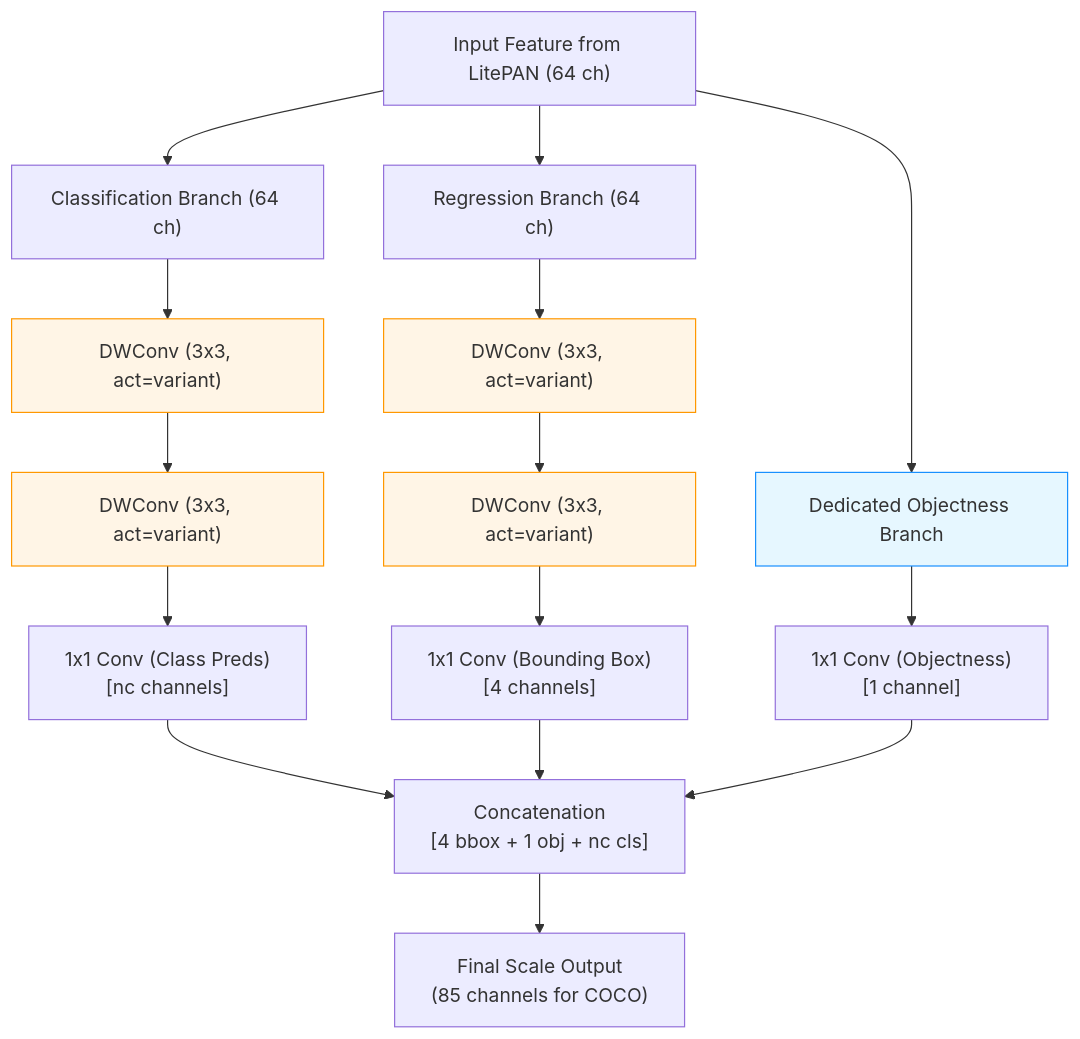
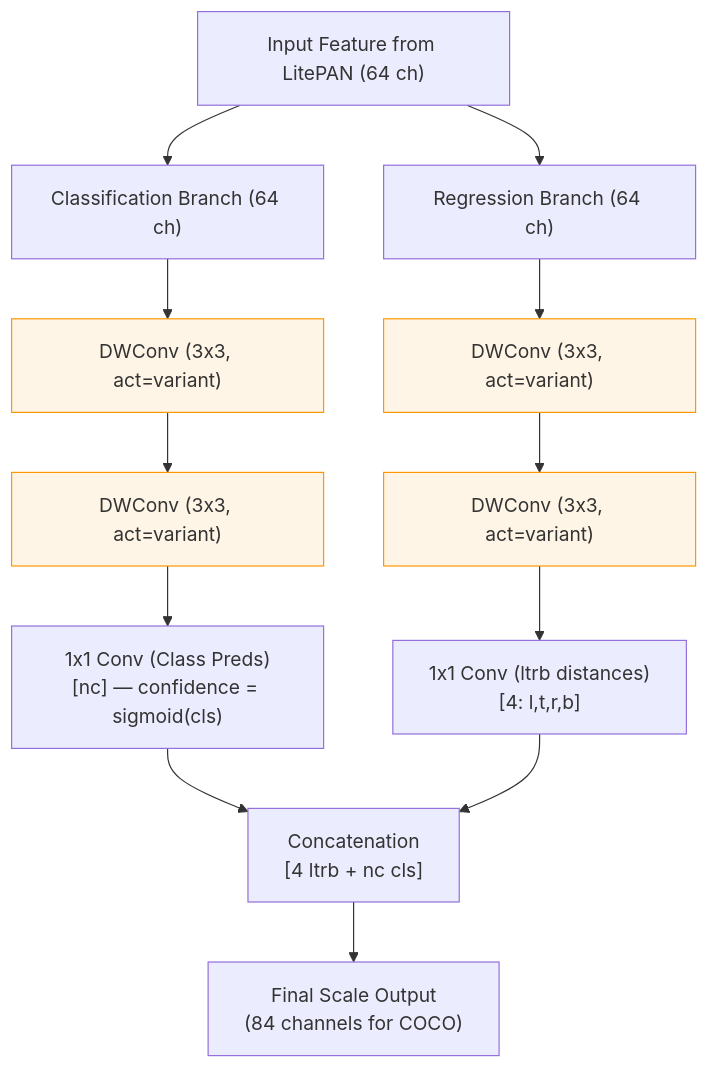
The fourth of 4 diagrams in revised/revised_manuscript_part2.md (ShMazumder/tinyYOLO), drawn with Mermaid before and after one commit. The commit also changed other lines of this file and 5 other files, not shown here.

Commit message:
docs: reconcile methodology to R2 (cls-as-confidence, ltrb, SPPF, per-level TAL)

````diff
--- a/revised/revised_manuscript_part2.md
+++ b/revised/revised_manuscript_part2.md
@@ -266,24 +272,20 @@
 ```mermaid
 flowchart TD
     InFeat["Input Feature from LitePAN (64 ch)"] --> DecoupledCls["Classification Branch (64 ch)"]
     InFeat --> DecoupledReg["Regression Branch (64 ch)"]
 
     DecoupledCls --> ClsDW1["DWConv (3x3, act=variant)"] --> ClsDW2["DWConv (3x3, act=variant)"]
-    ClsDW2 --> ClsOut["1x1 Conv (Class Preds)<br/>[nc channels]"]
+    ClsDW2 --> ClsOut["1x1 Conv (Class Preds)<br/>[nc] — confidence = sigmoid(cls)"]
 
     DecoupledReg --> RegDW1["DWConv (3x3, act=variant)"] --> RegDW2["DWConv (3x3, act=variant)"]
-    RegDW2 --> RegOut["1x1 Conv (Bounding Box)<br/>[4 channels]"]
-    
-    InFeat --> DedicatedObj["Dedicated Objectness Branch"] --> ObjOut["1x1 Conv (Objectness)<br/>[1 channel]"]
+    RegDW2 --> RegOut["1x1 Conv (ltrb distances)<br/>[4: l,t,r,b]"]
 
-    ClsOut --> ConcatHead["Concatenation<br/>[4 bbox + 1 obj + nc cls]"]
+    ClsOut --> ConcatHead["Concatenation<br/>[4 ltrb + nc cls]"]
     RegOut --> ConcatHead
-    ObjOut --> ConcatHead
-    ConcatHead --> FinalOutput["Final Scale Output<br/>(85 channels for COCO)"]
+    ConcatHead --> FinalOutput["Final Scale Output<br/>(84 channels for COCO)"]
 
     style ClsDW1 fill:#fff5e6,stroke:#ff9800,stroke-width:1px
     style ClsDW2 fill:#fff5e6,stroke:#ff9800,stroke-width:1px
     style RegDW1 fill:#fff5e6,stroke:#ff9800,stroke-width:1px
     style RegDW2 fill:#fff5e6,stroke:#ff9800,stroke-width:1px
-    style DedicatedObj fill:#e6f7ff,stroke:#1890ff,stroke-width:1px
 ```
````
